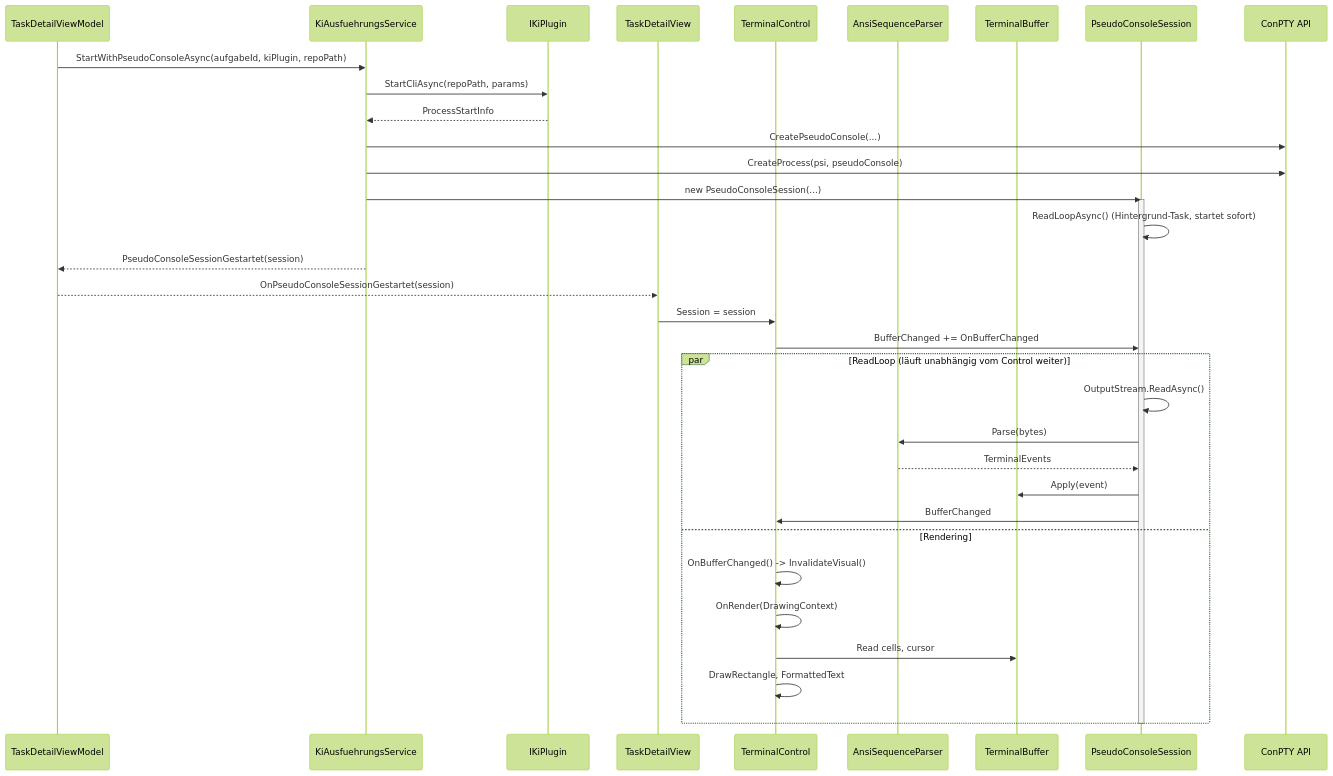
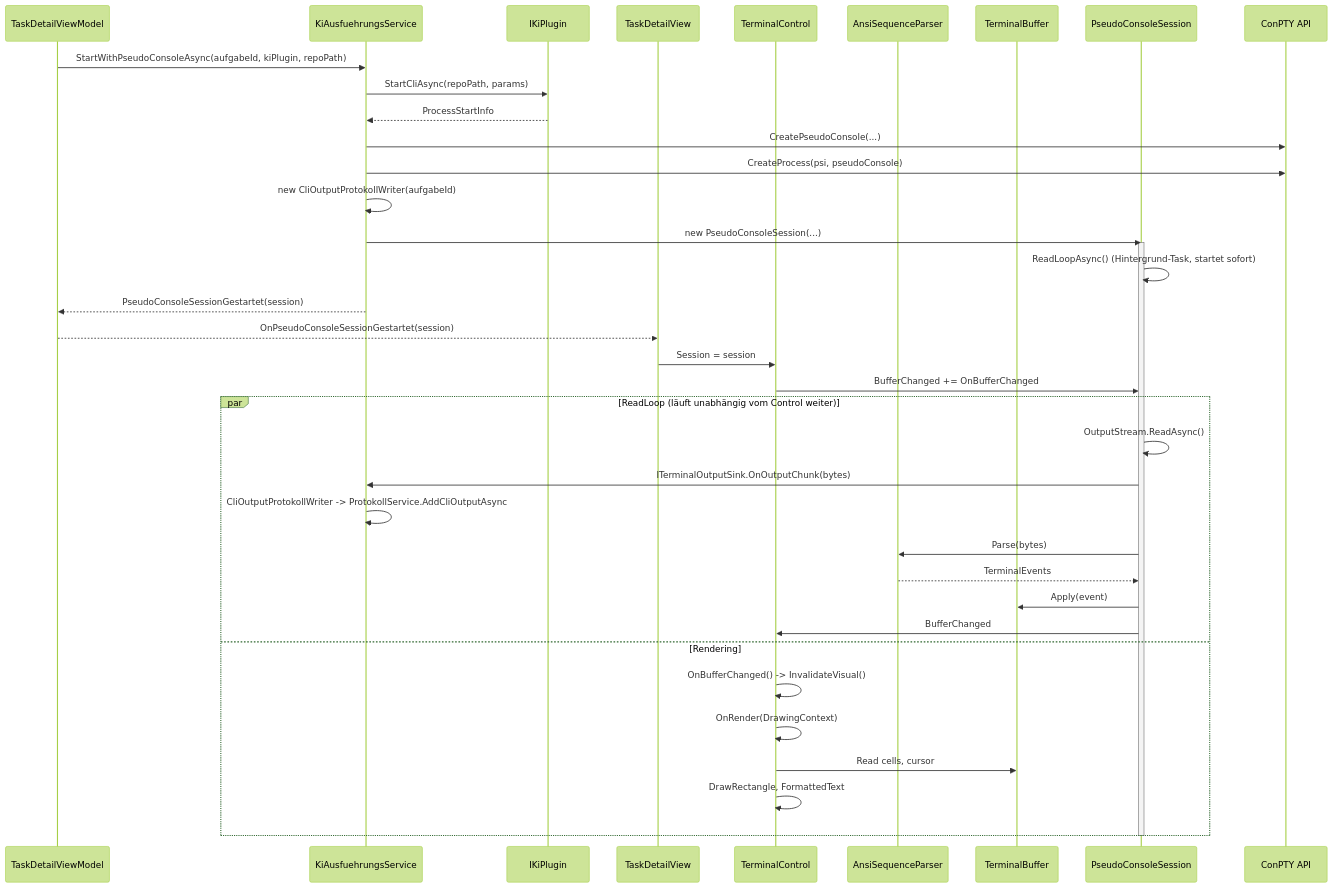
The diagram in docs/help/terminal/ablauf-technisch.md (martin-stromberg/Softwareschmiede), drawn with Mermaid (forest theme) before and after one commit. The commit also changed other lines of this file and 33 other files, not shown here.

````diff
--- a/docs/help/terminal/ablauf-technisch.md
+++ b/docs/help/terminal/ablauf-technisch.md
@@ -213,38 +238,41 @@
 ```mermaid
 sequenceDiagram
     participant VM as TaskDetailViewModel
     participant SVC as KiAusfuehrungsService
     participant PLUGIN as IKiPlugin
     participant VIEW as TaskDetailView
     participant CTRL as TerminalControl
     participant PARSER as AnsiSequenceParser
     participant BUF as TerminalBuffer
     participant SESSION as PseudoConsoleSession
     participant WIN32 as ConPTY API
 
     VM->>SVC: StartWithPseudoConsoleAsync(aufgabeId, kiPlugin, repoPath)
     SVC->>PLUGIN: StartCliAsync(repoPath, params)
     PLUGIN-->>SVC: ProcessStartInfo
     SVC->>WIN32: CreatePseudoConsole(...)
     SVC->>WIN32: CreateProcess(psi, pseudoConsole)
+    SVC->>SVC: new CliOutputProtokollWriter(aufgabeId)
     SVC->>SESSION: new PseudoConsoleSession(...)
     activate SESSION
     SESSION->>SESSION: ReadLoopAsync() (Hintergrund-Task, startet sofort)
     SVC-->>VM: PseudoConsoleSessionGestartet(session)
     VM-->>VIEW: OnPseudoConsoleSessionGestartet(session)
     VIEW->>CTRL: Session = session
     CTRL->>SESSION: BufferChanged += OnBufferChanged
     par ReadLoop (läuft unabhängig vom Control weiter)
         SESSION->>SESSION: OutputStream.ReadAsync()
+        SESSION->>SVC: ITerminalOutputSink.OnOutputChunk(bytes)
+        SVC->>SVC: CliOutputProtokollWriter -> ProtokollService.AddCliOutputAsync
         SESSION->>PARSER: Parse(bytes)
         PARSER-->>SESSION: TerminalEvents
         SESSION->>BUF: Apply(event)
         SESSION->>CTRL: BufferChanged
     and Rendering
         CTRL->>CTRL: OnBufferChanged() -> InvalidateVisual()
         CTRL->>CTRL: OnRender(DrawingContext)
         CTRL->>BUF: Read cells, cursor
         CTRL->>CTRL: DrawRectangle, FormattedText
     end
     deactivate SESSION
 ```
````
